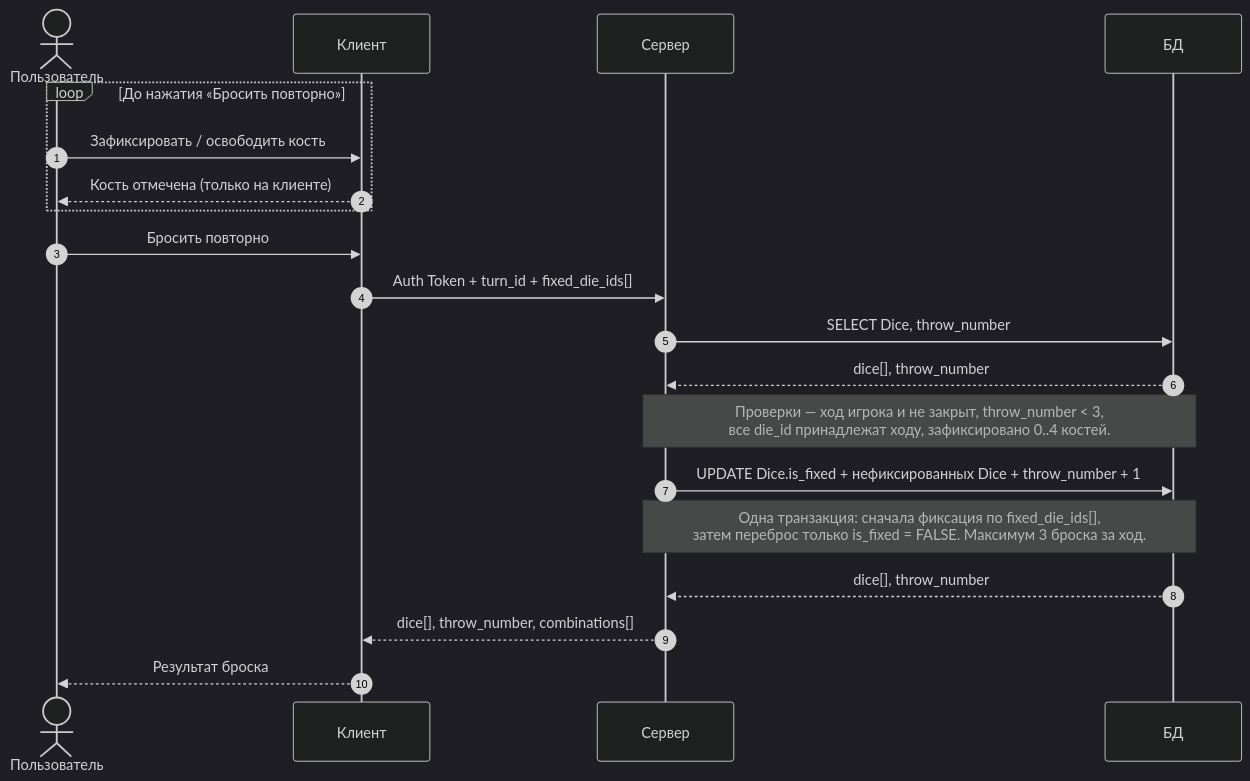
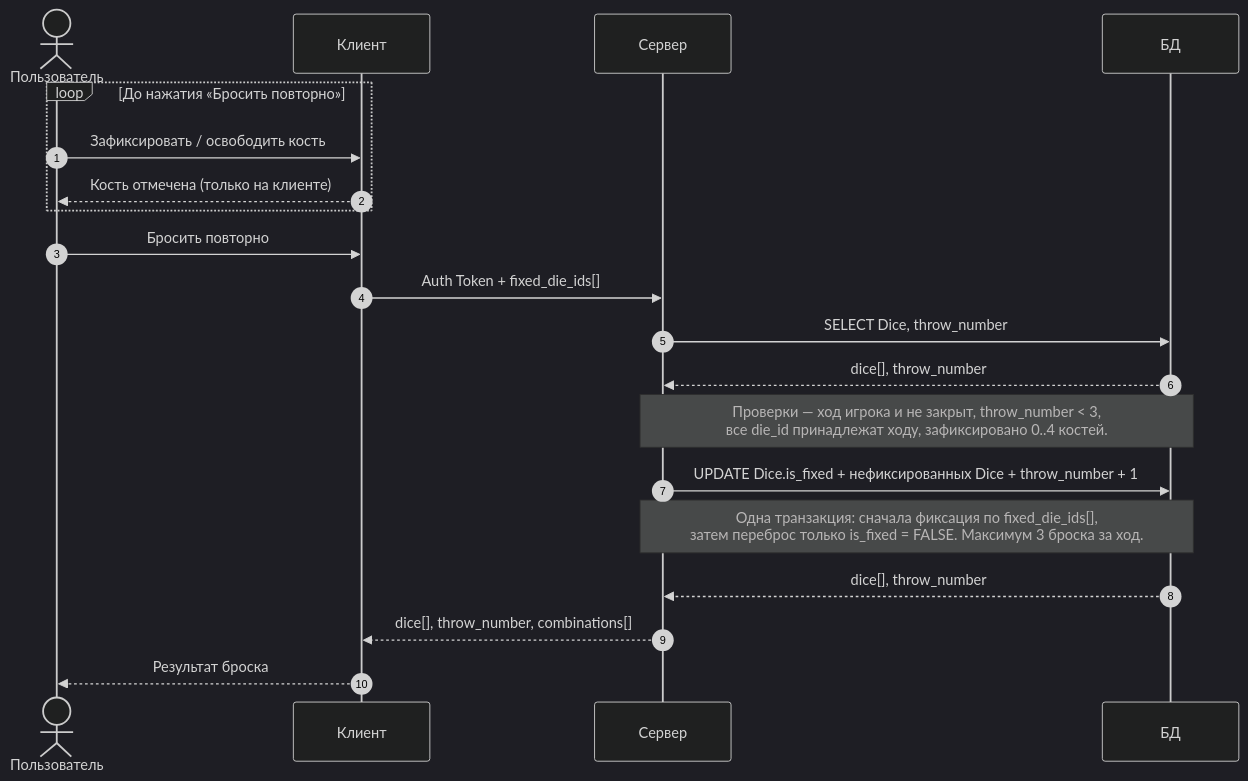
Before and after one commit to seventwogth/databases-itmo: the eighth of 11 diagrams in docs/api-schema.md, drawn with Mermaid (dark theme).

````diff
--- a/docs/api-schema.md
+++ b/docs/api-schema.md
@@ -153,23 +153,23 @@
 ```mermaid
 sequenceDiagram
     autonumber
     actor U as Пользователь
     participant C as Клиент
     participant S as Сервер
     participant DB as БД
 
     loop До нажатия «Бросить повторно»
         U->>C: Зафиксировать / освободить кость
         C-->>U: Кость отмечена (только на клиенте)
     end
     U->>C: Бросить повторно
-    C->>S: Auth Token + turn_id + fixed_die_ids[]
+    C->>S: Auth Token + fixed_die_ids[]
     S->>DB: SELECT Dice, throw_number
     DB-->>S: dice[], throw_number
     Note over S,DB: Проверки — ход игрока и не закрыт, throw_number < 3,<br/>все die_id принадлежат ходу, зафиксировано 0..4 костей.
     S->>DB: UPDATE Dice.is_fixed + нефиксированных Dice + throw_number + 1
     Note over S,DB: Одна транзакция: сначала фиксация по fixed_die_ids[],<br/>затем переброс только is_fixed = FALSE. Максимум 3 броска за ход.
     DB-->>S: dice[], throw_number
     S-->>C: dice[], throw_number, combinations[]
     C-->>U: Результат броска
 ```
````
